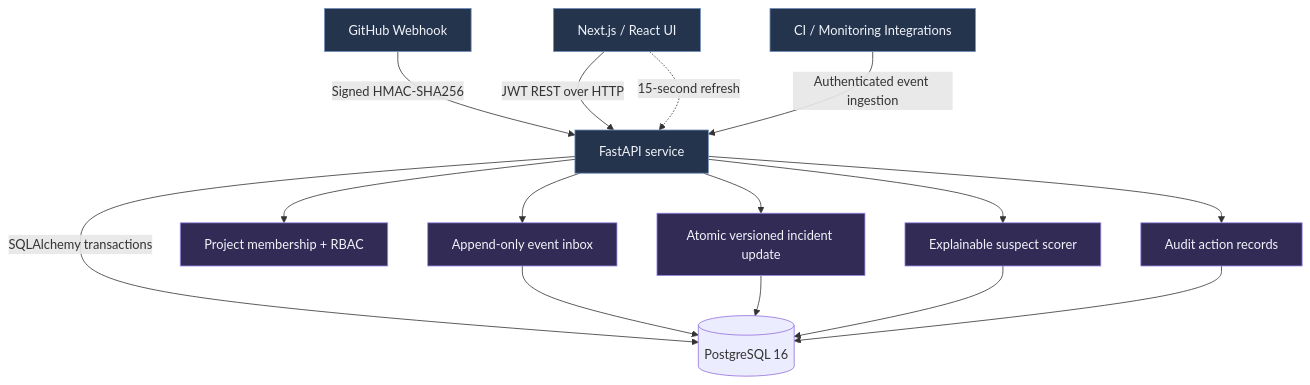
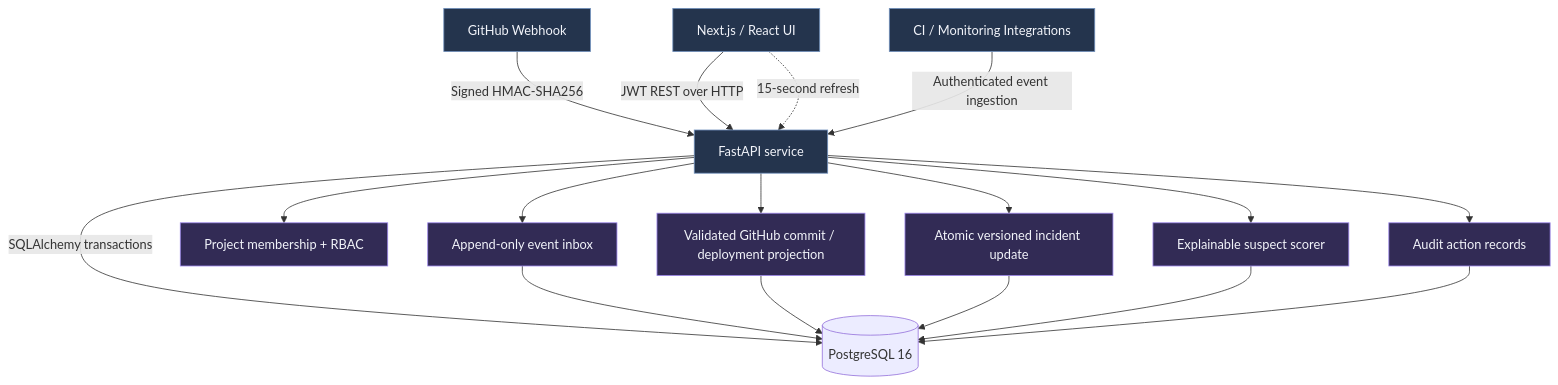
One commit to hamzaa378/Fault-Line changed the diagram in docs/architecture.mmd. Above: the diagram before and after it, drawn with Mermaid. The commit also changed 16 other files, not shown here.

```diff
--- a/docs/architecture.mmd
+++ b/docs/architecture.mmd
@@ -1,19 +1,21 @@
 flowchart TD
     Browser["Next.js / React UI"] -->|"JWT REST over HTTP"| API["FastAPI service"]
     GitHub["GitHub Webhook"] -->|"Signed HMAC-SHA256"| API
     CLI["CI / Monitoring Integrations"] -->|"Authenticated event ingestion"| API
     API -->|"SQLAlchemy transactions"| DB[("PostgreSQL 16")]
     API --> Auth["Project membership + RBAC"]
     API --> EventLog["Append-only event inbox"]
+    API --> Projection["Validated GitHub commit / deployment projection"]
     API --> CAS["Atomic versioned incident update"]
     API --> Inference["Explainable suspect scorer"]
     EventLog --> DB
+    Projection --> DB
     CAS --> DB
     Inference --> DB
     API --> Audit["Audit action records"]
     Audit --> DB
     Browser -.->|"15-second refresh"| API
     classDef blue fill:#24344d,stroke:#7191bd,color:#f2f4fa
     classDef purple fill:#322b55,stroke:#9f89ed,color:#f2f4fa
     class Browser,API,GitHub,CLI blue
-    class Auth,EventLog,CAS,Inference,Audit purple
+    class Auth,EventLog,Projection,CAS,Inference,Audit purple
```
